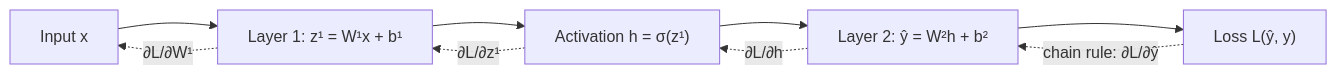
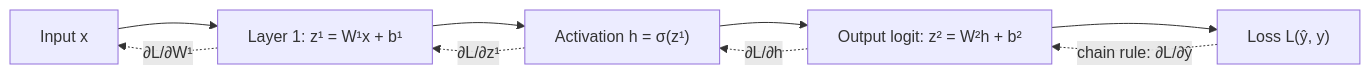
Before and after one commit to mahashemi/llm-training-mastercalss: the diagram in lectures/00_neural_computing/02_feedforward_and_backprop/lecture.md, drawn with Mermaid. The commit also changed other lines of this file and 2 other files, not shown here.

````diff
--- a/lectures/00_neural_computing/02_feedforward_and_backprop/lecture.md
+++ b/lectures/00_neural_computing/02_feedforward_and_backprop/lecture.md
@@ -594,11 +664,11 @@
 ```mermaid
 flowchart LR
     X["Input x"] --> L1["Layer 1: z¹ = W¹x + b¹"]
     L1 --> H["Activation h = σ(z¹)"]
-    H --> L2["Layer 2: ŷ = W²h + b²"]
+    H --> L2["Output logit: z² = W²h + b²"]
     L2 --> LOSS["Loss L(ŷ, y)"]
     LOSS -. "chain rule: ∂L/∂ŷ" .-> L2
     L2 -. "∂L/∂h" .-> H
     H -. "∂L/∂z¹" .-> L1
     L1 -. "∂L/∂W¹" .-> X
 ```
````
